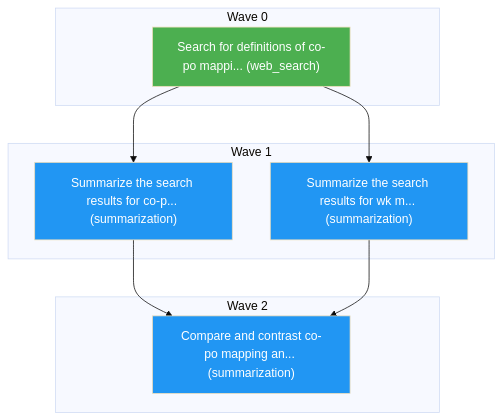
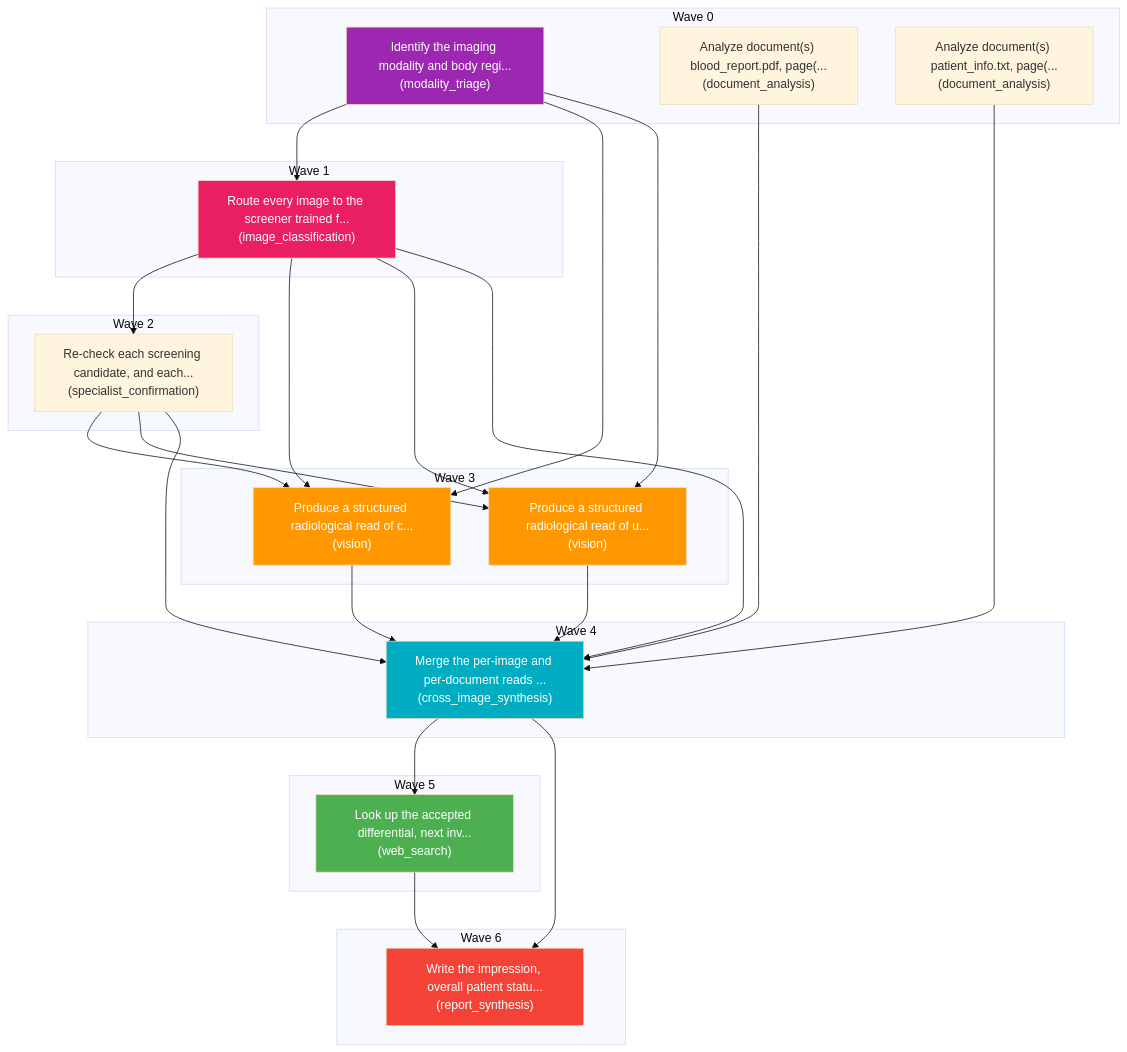
The diagram in outputs/plan.md (hisham1665/VOS_v.0.0.1), drawn with Mermaid (base theme) before and after one commit. The commit also changed other lines of this file and 72 other files, not shown here.

First line of the commit message:
feat: modality-routed screening cascade with specialist re-check

````diff
--- a/outputs/plan.md
+++ b/outputs/plan.md
@@ -13,25 +32,58 @@
 ```mermaid
 flowchart TD
-    subgraph Wave 0
-        a["Search for definitions of co-po mappi... (web_search)"]
+    subgraph W0["Wave 0"]
+        triage["Identify the imaging modality and body regi...<br/>(modality_triage)"]
+        document0["Analyze document(s) blood_report.pdf, page(...<br/>(document_analysis)"]
+        document1["Analyze document(s) patient_info.txt, page(...<br/>(document_analysis)"]
     end
-    subgraph Wave 1
-        b["Summarize the search results for co-p... (summarization)"]
-        c["Summarize the search results for wk m... (summarization)"]
+    subgraph W1["Wave 1"]
+        screen["Route every image to the screener trained f...<br/>(image_classification)"]
     end
-    subgraph Wave 2
-        d["Compare and contrast co-po mapping an... (summarization)"]
+    subgraph W2["Wave 2"]
+        confirm["Re-check each screening candidate, and each...<br/>(specialist_confirmation)"]
     end
-    a --> b
-    a --> c
-    b --> d
-    c --> d
+    subgraph W3["Wave 3"]
+        read0["Produce a structured radiological read of c...<br/>(vision)"]
+        read1["Produce a structured radiological read of u...<br/>(vision)"]
+    end
+    subgraph W4["Wave 4"]
+        consolidate["Merge the per-image and per-document reads ...<br/>(cross_image_synthesis)"]
+    end
+    subgraph W5["Wave 5"]
+        literature["Look up the accepted differential, next inv...<br/>(web_search)"]
+    end
+    subgraph W6["Wave 6"]
+        report["Write the impression, overall patient statu...<br/>(report_synthesis)"]
+    end
+    triage --> screen
+    screen --> confirm
+    triage --> read0
+    screen --> read0
+    confirm --> read0
+    triage --> read1
+    screen --> read1
+    confirm --> read1
+    read0 --> consolidate
+    read1 --> consolidate
+    document0 --> consolidate
+    document1 --> consolidate
+    screen --> consolidate
+    confirm --> consolidate
+    consolidate --> literature
+    consolidate --> report
+    literature --> report
 
+    classDef cross_image_synthesisStyle fill:#00ACC1,color:#fff
+    classDef image_classificationStyle fill:#E91E63,color:#fff
+    classDef modality_triageStyle fill:#9C27B0,color:#fff
+    classDef report_synthesisStyle fill:#F44336,color:#fff
+    classDef visionStyle fill:#FF9800,color:#fff
     classDef web_searchStyle fill:#4CAF50,color:#fff
-    classDef summarizationStyle fill:#2196F3,color:#fff
-    classDef visionStyle fill:#FF9800,color:#fff
-    class a web_searchStyle
-    class b summarizationStyle
-    class c summarizationStyle
-    class d summarizationStyle
+    class triage modality_triageStyle
+    class screen image_classificationStyle
+    class read0 visionStyle
+    class read1 visionStyle
+    class consolidate cross_image_synthesisStyle
+    class literature web_searchStyle
+    class report report_synthesisStyle
 ```
````
